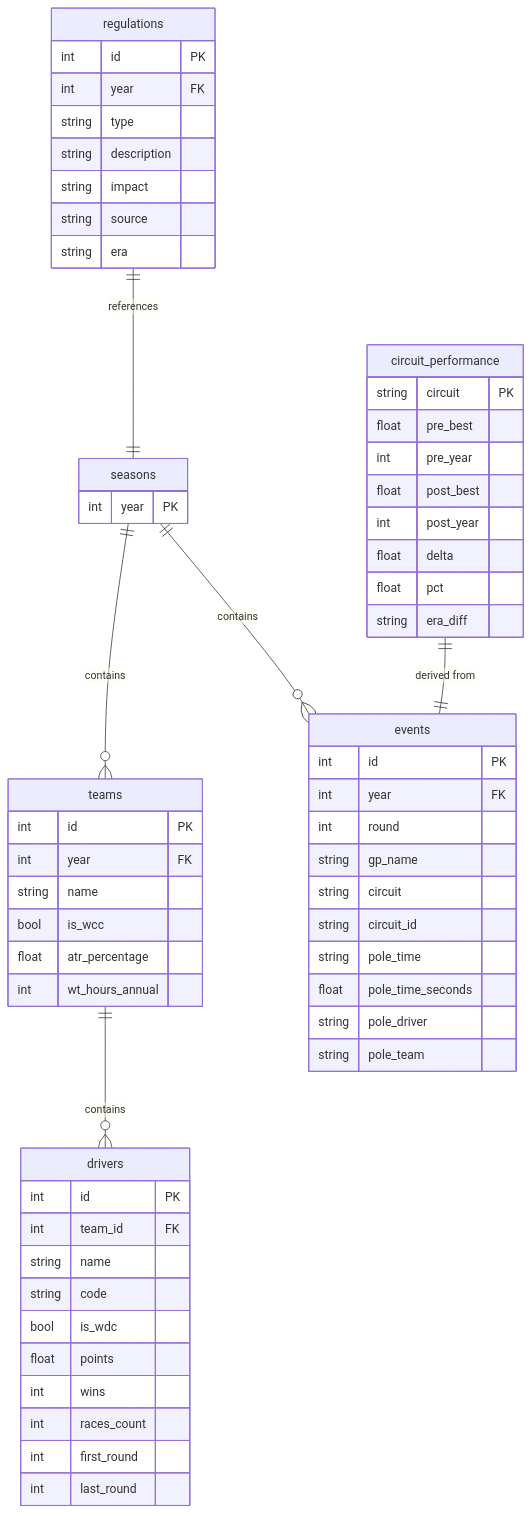
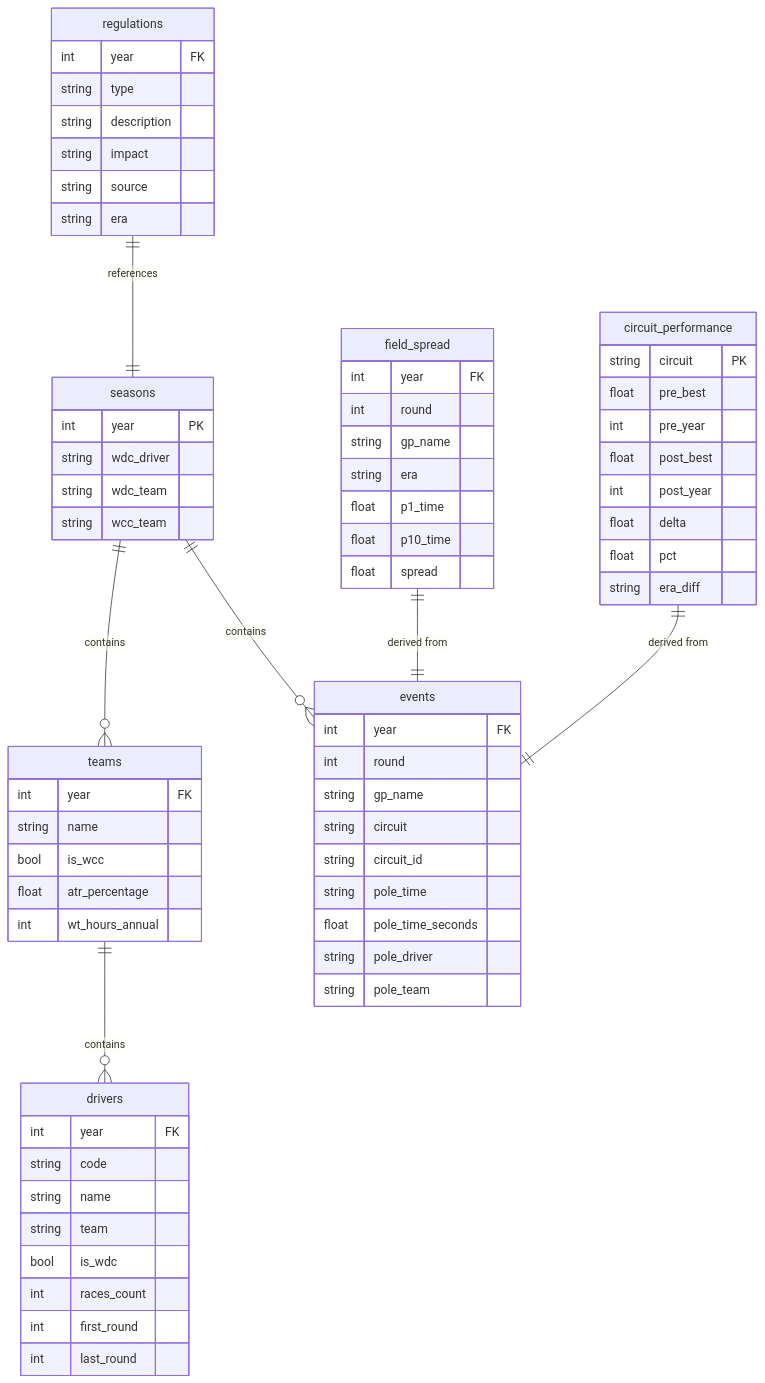
Before and after one commit to raff1031/DataMan-Bicocca-: the diagram in database_schema.md, drawn with Mermaid. The commit also changed other lines of this file and 2 other files, not shown here.

Commit message:
Add field_spread table for competitiveness analysis

````diff
--- a/database_schema.md
+++ b/database_schema.md
@@ -18,68 +19,77 @@
 ```mermaid
 erDiagram
     seasons ||--o{ teams : contains
     teams ||--o{ drivers : contains
     seasons ||--o{ events : contains
     regulations ||--|| seasons : references
+    field_spread ||--|| events : "derived from"
     circuit_performance ||--|| events : "derived from"
 
     seasons {
         int year PK
+        string wdc_driver
+        string wdc_team
+        string wcc_team
     }
     
     teams {
-        int id PK
         int year FK
         string name
         bool is_wcc
         float atr_percentage
         int wt_hours_annual
     }
     
     drivers {
-        int id PK
-        int team_id FK
+        int year FK
+        string code
         string name
-        string code
+        string team
         bool is_wdc
-        float points
-        int wins
         int races_count
         int first_round
         int last_round
     }
     
     events {
-        int id PK
         int year FK
         int round
         string gp_name
         string circuit
         string circuit_id
         string pole_time
         float pole_time_seconds
         string pole_driver
         string pole_team
     }
     
     regulations {
-        int id PK
         int year FK
         string type
         string description
         string impact
         string source
         string era
+    }
+    
+    field_spread {
+        int year FK
+        int round
+        string gp_name
+        string era
+        float p1_time
+        float p10_time
+        float spread
     }
     
     circuit_performance {
         string circuit PK
         float pre_best
         int pre_year
         float post_best
         int post_year
         float delta
         float pct
         string era_diff
     }
 ```
````
